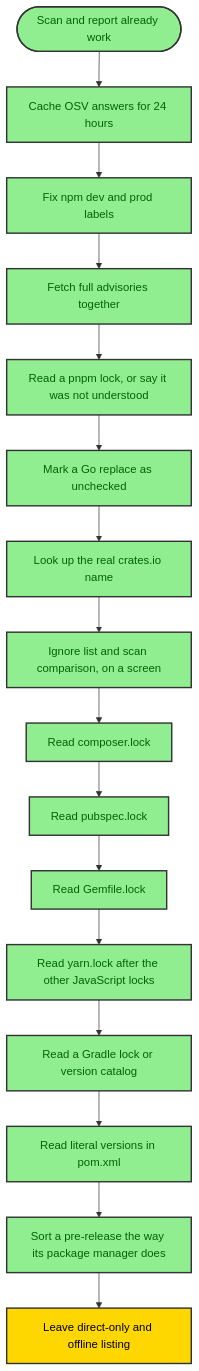
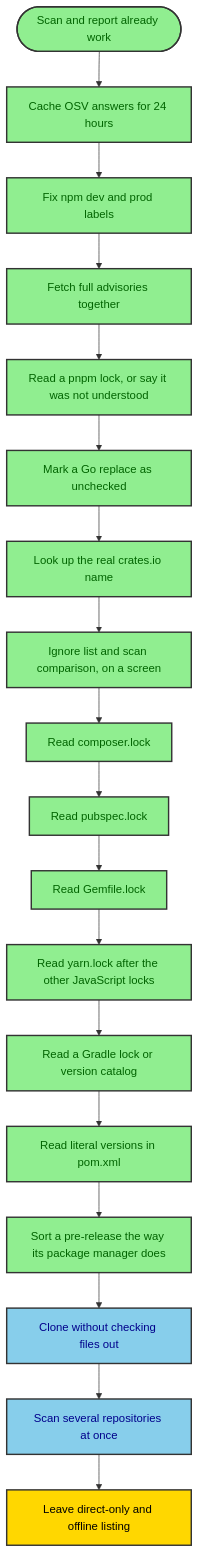
One commit to abrar41148/SupScan changed the diagram in diagrams/roadmap_01_flowchart_work_order.mmd. Above: the diagram before and after it, drawn with Mermaid. The commit also changed 31 other files, not shown here.

```diff
--- a/diagrams/roadmap_01_flowchart_work_order.mmd
+++ b/diagrams/roadmap_01_flowchart_work_order.mmd
@@ -1,24 +1,27 @@
 flowchart TD
     Start([Scan and report already work]) --> Cache["Cache OSV answers for 24 hours"]
     Cache --> Npm["Fix npm dev and prod labels"]
     Npm --> Hydrate["Fetch full advisories together"]
     Hydrate --> Pnpm["Read a pnpm lock, or say it was not understood"]
     Pnpm --> GoReplace["Mark a Go replace as unchecked"]
     GoReplace --> Cargo["Look up the real crates.io name"]
     Cargo --> Screen["Ignore list and scan comparison, on a screen"]
     Screen --> Composer["Read composer.lock"]
     Composer --> Pub["Read pubspec.lock"]
     Pub --> Ruby["Read Gemfile.lock"]
     Ruby --> Yarn["Read yarn.lock after the other JavaScript locks"]
     Yarn --> Gradle["Read a Gradle lock or version catalog"]
     Gradle --> Maven["Read literal versions in pom.xml"]
     Maven --> VersionSort["Sort a pre-release the way its package manager does"]
-    VersionSort --> Parked["Leave direct-only and offline listing"]
+    VersionSort --> NoCheckout["Clone without checking files out"]
+    NoCheckout --> Parallel["Scan several repositories at once"]
+    Parallel --> Parked["Leave direct-only and offline listing"]
 
     classDef done fill:#90EE90,stroke:#333,stroke-width:2px,color:darkgreen
     classDef next fill:#87CEEB,stroke:#333,stroke-width:2px,color:darkblue
     classDef later fill:#E6E6FA,stroke:#333,stroke-width:2px,color:darkblue
     classDef parked fill:#FFD700,stroke:#333,stroke-width:2px,color:black
 
     class Start,Cache,Npm,Hydrate,Pnpm,GoReplace,Cargo,Screen,Composer,Pub,Ruby,Yarn,Gradle,Maven,VersionSort done
+    class NoCheckout,Parallel next
     class Parked parked
```
